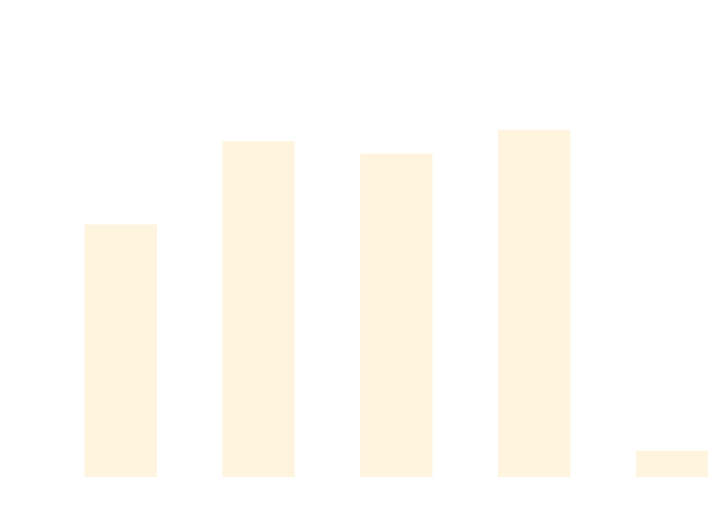
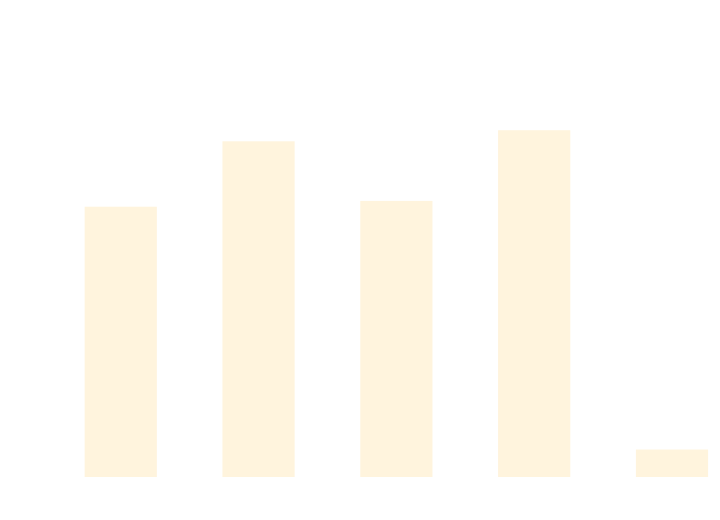
Before and after one commit to thomhurst/TUnit: the diagram in docs/docs/benchmarks/ScaleTests.md, drawn with Mermaid. The commit also changed other lines of this file and 17 other files, not shown here.

````diff
--- a/docs/docs/benchmarks/ScaleTests.md
+++ b/docs/docs/benchmarks/ScaleTests.md
@@ -27,37 +27,37 @@
 ```mermaid
 %%{init: {
   'theme':'base',
   'themeVariables': {
     'primaryColor': '#2563eb',
     'primaryTextColor': '#ffffff',
     'primaryBorderColor': '#1e40af',
     'lineColor': '#6b7280',
     'secondaryColor': '#7c3aed',
     'tertiaryColor': '#dc2626',
     'background': '#ffffff',
     'mainBkg': '#2563eb',
     'secondBkg': '#7c3aed',
     'tertiaryBkg': '#dc2626',
     'clusterBkg': '#f3f4f6',
     'edgeLabelBackground': '#ffffff',
     'tertiaryTextColor': '#1f2937',
     'pie1': '#2563eb',
     'pie2': '#7c3aed',
     'pie3': '#dc2626',
     'pie4': '#f59e0b',
     'pie5': '#10b981',
     'pie6': '#06b6d4',
     'pie7': '#ec4899',
     'pie8': '#6366f1',
     'pie9': '#84cc16',
     'pie10': '#f97316',
     'pie11': '#14b8a6',
     'pie12': '#a855f7'
   }
 }}%%
 xychart-beta
   title "ScaleTests Performance Comparison"
   x-axis ["TUnit", "NUnit", "MSTest", "xUnit3", "TUnit_AOT"]
-  y-axis "Time (ms)" 0 --> 762
-  bar [457.76, 613.85, 590.48, 634.98, 34.25]
+  y-axis "Time (ms)" 0 --> 729
+  bar [469.79, 586.97, 480.2, 606.79, 34.87]
 ```
````
